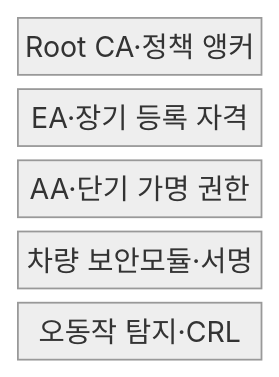
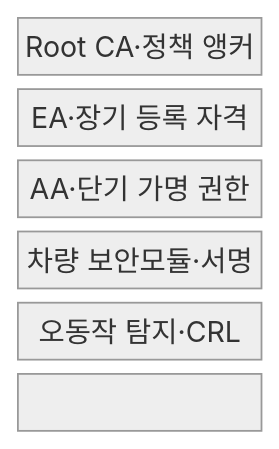
The first of 2 diagrams in src/content/docs/notes/05-security/136_vehicle_pki.md (agnusdei1207/knowledge-base), drawn with Mermaid (neutral theme) before and after one commit. The commit also changed other lines of this file and 151 other files, not shown here.

````diff
--- a/src/content/docs/notes/05-security/136_vehicle_pki.md
+++ b/src/content/docs/notes/05-security/136_vehicle_pki.md
@@ -56,9 +56,11 @@
 ```mermaid
 block-beta
   columns 1
   R["Root CA·정책 앵커"]
   E["EA·장기 등록 자격"]
   A["AA·단기 가명 권한"]
   V["차량 보안모듈·서명"]
   M["오동작 탐지·CRL"]
+  R --- E --- A
+  A --- V --- M
 ```
````
